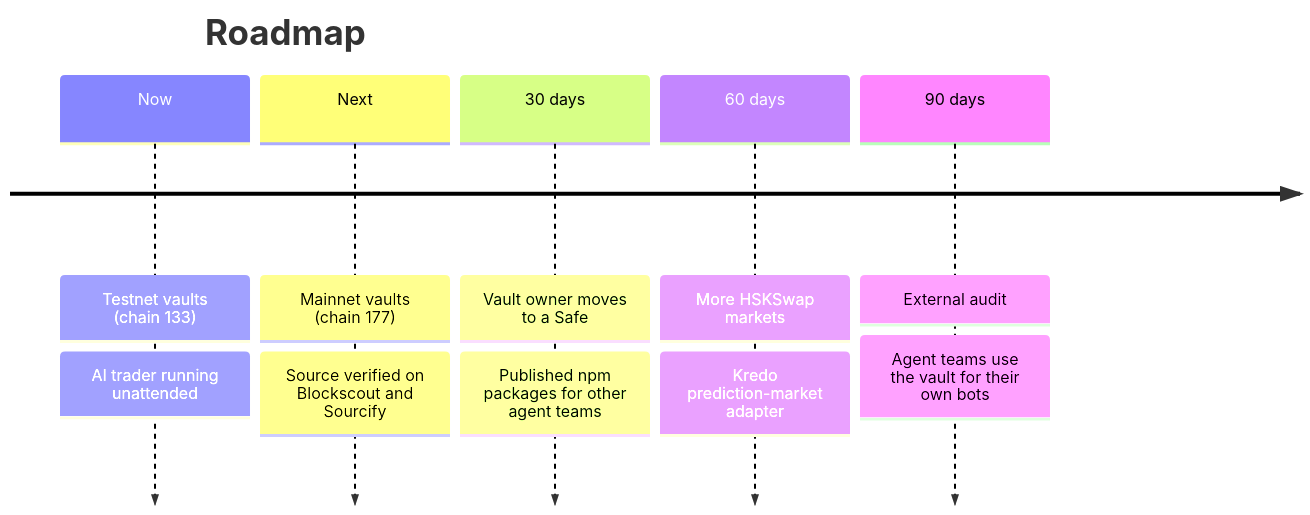
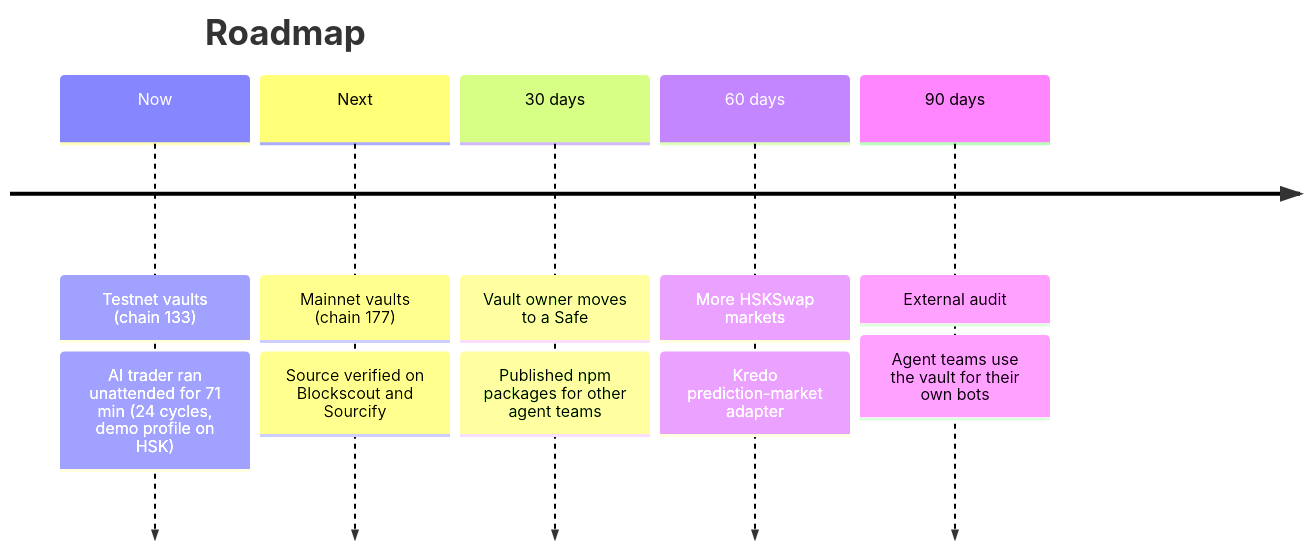
Before and after one commit to AceVikings/horizon-hack-flow: diagram 11 of 11 in README.md, drawn with Mermaid. The commit also changed other lines of this file and 3 other files, not shown here.

Commit message:
docs: 71-minute unattended LLM trader run on testnet (24 cycles, 4 demo rebalance buys + EAS), journal continuation export, roadmap Now line

````diff
--- a/README.md
+++ b/README.md
@@ -466,9 +466,9 @@
 ```mermaid
 timeline
     title Roadmap
-    Now : Testnet vaults (chain 133) : AI trader running unattended
+    Now : Testnet vaults (chain 133) : AI trader ran unattended for 71 min (24 cycles, demo profile on HSK)
     Next : Mainnet vaults (chain 177) : Source verified on Blockscout and Sourcify
     30 days : Vault owner moves to a Safe : Published npm packages for other agent teams
     60 days : More HSKSwap markets : Kredo prediction-market adapter
     90 days : External audit : Agent teams use the vault for their own bots
 ```
````
